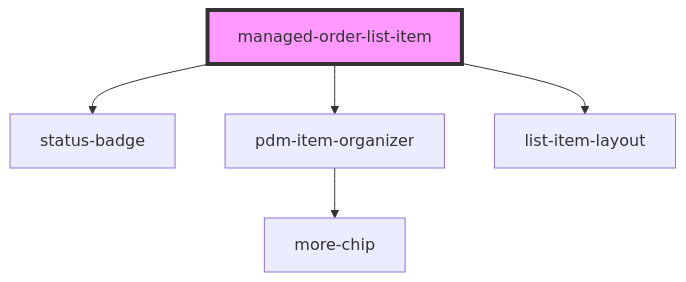
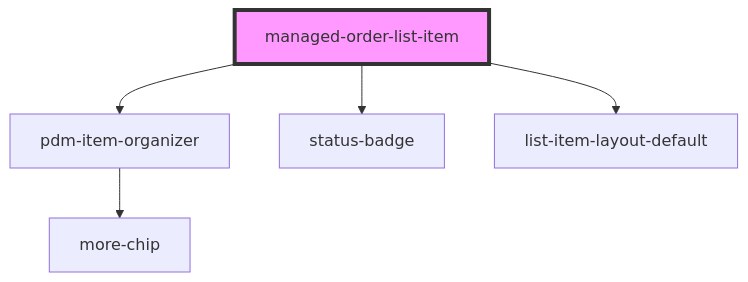
One commit to PharmaLedger-IMI/fgt-workspace changed the diagram in pdm-web-components/src/components/managed-order-list-item/readme.md. Above: the diagram before and after it, drawn with Mermaid. The commit also changed other lines of this file and 1 other file, not shown here.

Commit message:
refs #51 managed order list now implements new layout

````diff
--- a/pdm-web-components/src/components/managed-order-list-item/readme.md
+++ b/pdm-web-components/src/components/managed-order-list-item/readme.md
@@ -46,8 +47,8 @@
 ```mermaid
 graph TD;
+  managed-order-list-item --> pdm-item-organizer
   managed-order-list-item --> status-badge
-  managed-order-list-item --> pdm-item-organizer
-  managed-order-list-item --> list-item-layout
+  managed-order-list-item --> list-item-layout-default
   pdm-item-organizer --> more-chip
   style managed-order-list-item fill:#f9f,stroke:#333,stroke-width:4px
 ```
````
